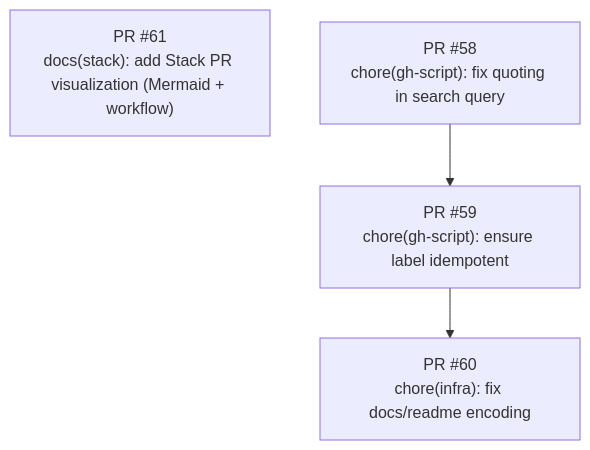
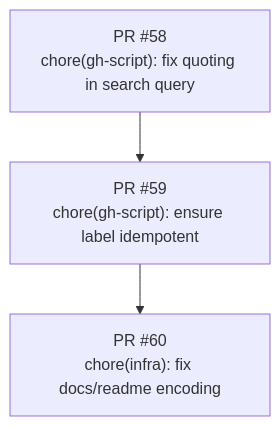
Before and after one commit to revton/car-fuel: the diagram in docs/stack-plan/STACK-PR-PLAN.md, drawn with Mermaid.

Commit message:
docs(stack): update Mermaid stack graph

````diff
--- a/docs/stack-plan/STACK-PR-PLAN.md
+++ b/docs/stack-plan/STACK-PR-PLAN.md
@@ -6,13 +6,11 @@
 ```mermaid
 flowchart TD
-  pr61["PR #61
-docs(stack): add Stack PR visualization (Mermaid + workflow)"]
   pr60["PR #60
 chore(infra): fix docs/readme encoding"]
   pr59["PR #59
 chore(gh-script): ensure label idempotent"]
   pr58["PR #58
 chore(gh-script): fix quoting in search query"]
   pr59 --> pr60
   pr58 --> pr59
 ```
````
